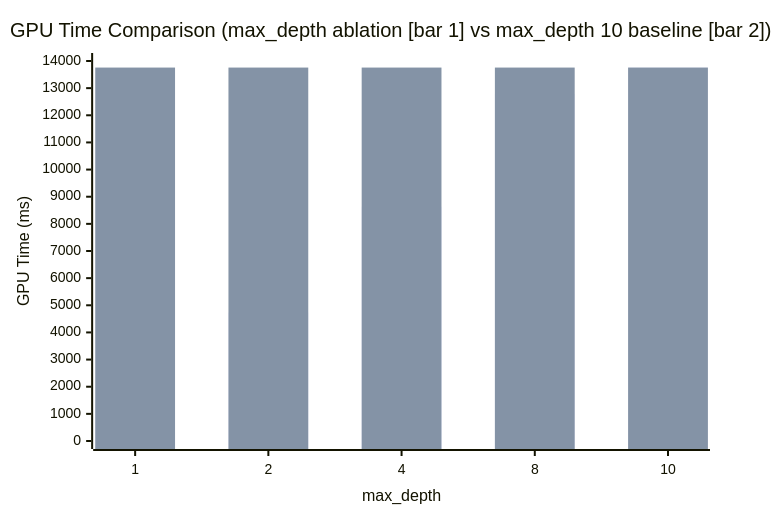
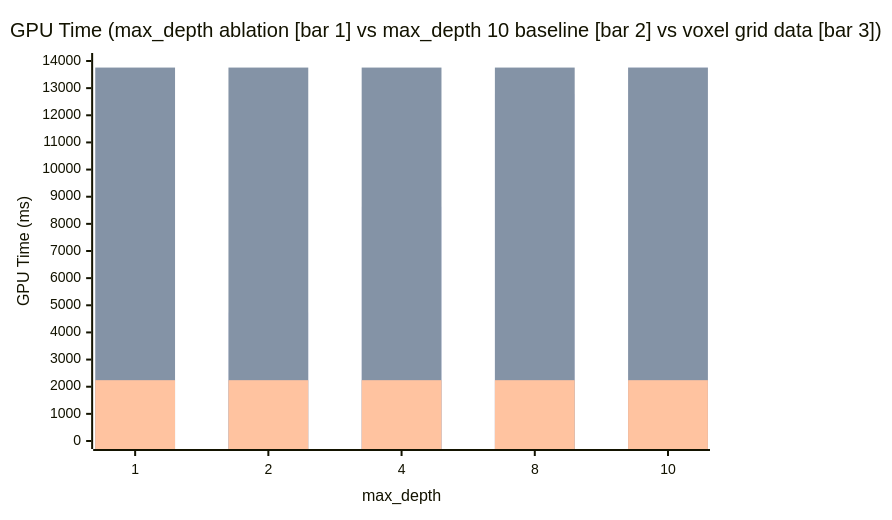
Before and after one commit to VENUSXK/pages: the fifth of 12 diagrams in content/docs/GaborRT/exp-20261023.mdx, drawn with Mermaid. The commit also changed other lines of this file and 3 other files, not shown here.

````diff
--- a/content/docs/GaborRT/exp-20261023.mdx
+++ b/content/docs/GaborRT/exp-20261023.mdx
@@ -508,8 +634,9 @@
 ```mermaid
 xychart-beta
-    title "GPU Time Comparison (max_depth ablation [bar 1] vs max_depth 10 baseline [bar 2])"
+    title "GPU Time (max_depth ablation [bar 1] vs max_depth 10 baseline [bar 2] vs voxel grid data [bar 3])"
     x-axis "max_depth" [1, 2, 4, 8, 10]
     y-axis "GPU Time (ms)" 0 --> 14000
     bar [1370.48, 4734.41, 8627.91, 12781.81, 13758.01]
     bar [13758.01, 13758.01, 13758.01, 13758.01, 13758.01]
+    bar [2240.92, 2240.92, 2240.92, 2240.92, 2240.92]
 ```
````
